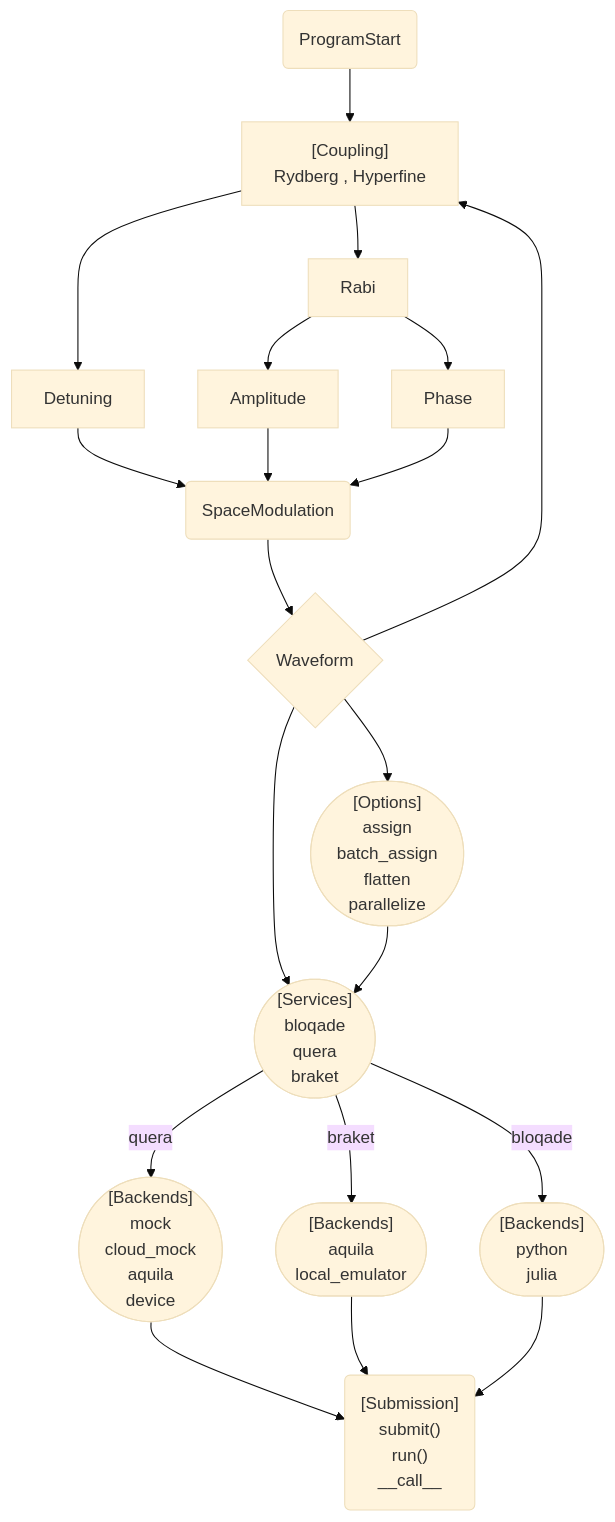
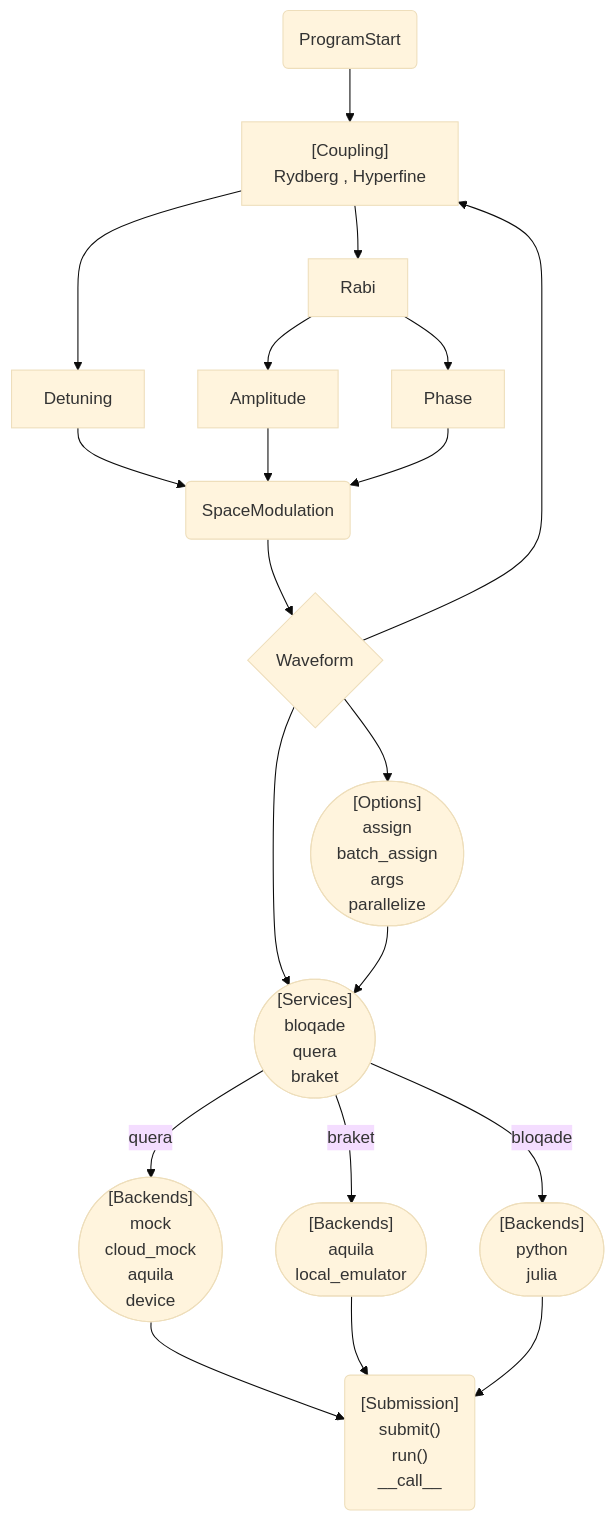
One commit to QuEraComputing/bloqade-python changed the diagram in docs/docs/tree/builder.md. Above: the diagram before and after it, drawn with Mermaid (base theme). The commit also changed 7 other files, not shown here.

````diff
--- a/docs/docs/tree/builder.md
+++ b/docs/docs/tree/builder.md
@@ -4,76 +4,76 @@
 ``` mermaid
 graph TD
 
   ProgramStart(ProgramStart)
 
   Coupling["[Coupling]
   Rydberg , Hyperfine"]
 
   Detuning[Detuning]
   Rabi[Rabi]
 
   Amplitude[Amplitude]
   Phase[Phase]
 
   SpaceModulation(SpaceModulation)
   Waveform{Waveform}
 
   Options(["[Options]
   assign
   batch_assign
-  flatten
+  args
   parallelize
   "])
 
   Services(["[Services]
   bloqade
   quera
   braket"])
 
   QuEraBackends(["[Backends]
   mock
   cloud_mock
   aquila
   device
   "])
 
   BraketBackends(["[Backends]
   aquila
   local_emulator
   "])
 
   BloqadeBackends(["[Backends]
   python
   julia
   "])
 
   Submit("[Submission]
   submit()
   run()
   __call__")
 
   ProgramStart --> Coupling;
   Coupling --> Detuning;
   Coupling --> Rabi;
 
   Rabi --> Amplitude;
   Rabi --> Phase;
 
   Detuning --> SpaceModulation;
   Amplitude --> SpaceModulation;
   Phase --> SpaceModulation;
 
   SpaceModulation --> Waveform;
 
   Waveform --> Coupling;
   Waveform --> Services;
   Waveform --> Options;
   Options --> Services;
 
   Services -->|quera| QuEraBackends;
   Services -->|braket| BraketBackends;
   Services -->|bloqade| BloqadeBackends;
   QuEraBackends --> Submit;
   BraketBackends --> Submit;
   BloqadeBackends --> Submit;
 ```
````
